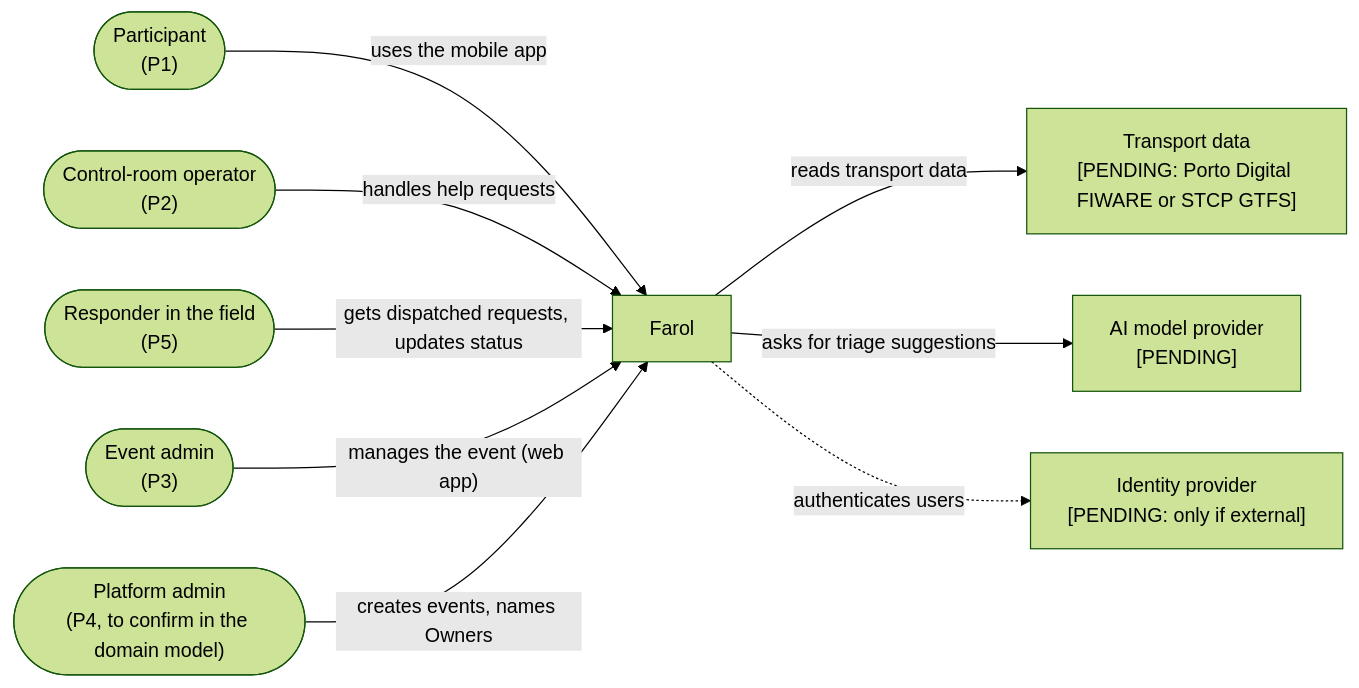
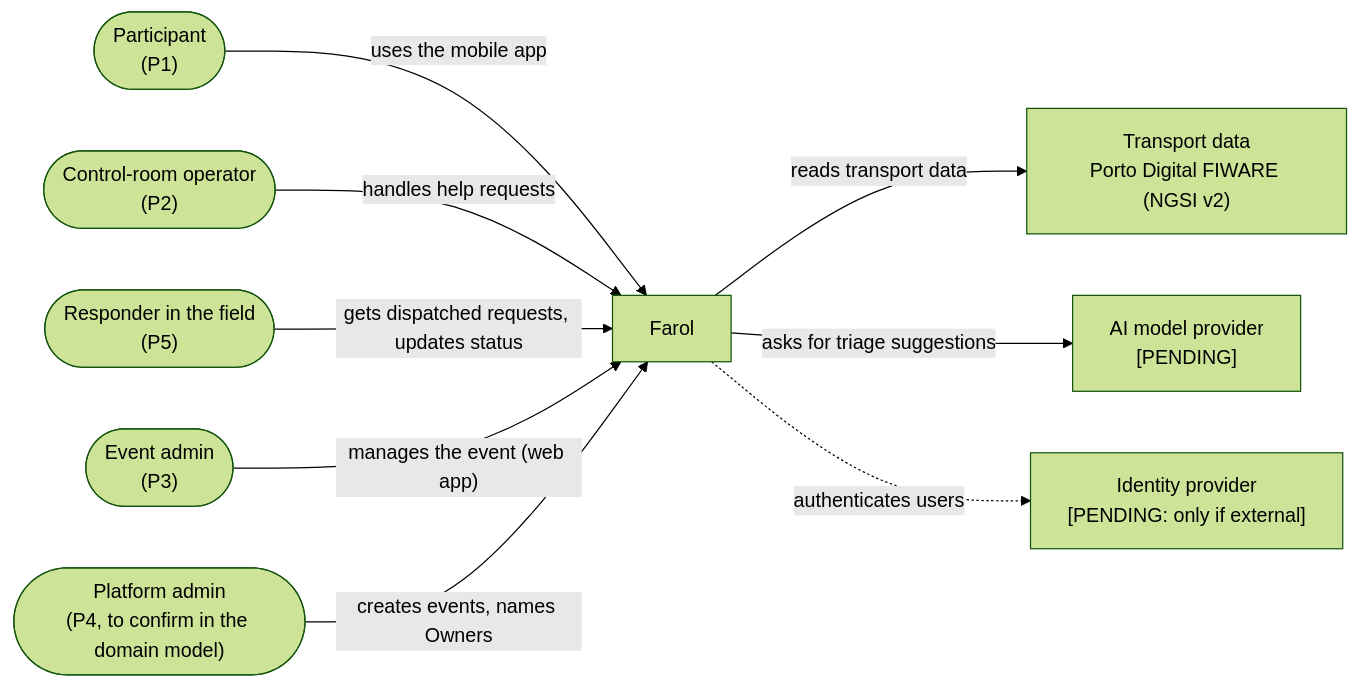
Before and after one commit to tomasoliveira21/LABDSOF: the first of 2 diagrams in Docs/Technical/architecture.md, drawn with Mermaid (forest theme). The commit also changed other lines of this file and 6 other files, not shown here.

````diff
--- a/Docs/Technical/architecture.md
+++ b/Docs/Technical/architecture.md
@@ -25,21 +25,21 @@
 ```mermaid
 flowchart LR
     P(["Participant<br/>(P1)"])
     O(["Control-room operator<br/>(P2)"])
     R(["Responder in the field<br/>(P5)"])
     A(["Event admin<br/>(P3)"])
     PA(["Platform admin<br/>(P4, to confirm in the domain model)"])
     SYS["Farol"]
-    TR["Transport data<br/>[PENDING: Porto Digital FIWARE or STCP GTFS]"]
+    TR["Transport data<br/>Porto Digital FIWARE (NGSI v2)"]
     LLM["AI model provider<br/>[PENDING]"]
     IDP["Identity provider<br/>[PENDING: only if external]"]
 
     P -- "uses the mobile app" --> SYS
     O -- "handles help requests" --> SYS
     R -- "gets dispatched requests, updates status" --> SYS
     A -- "manages the event (web app)" --> SYS
     PA -- "creates events, names Owners" --> SYS
     SYS -- "reads transport data" --> TR
     SYS -- "asks for triage suggestions" --> LLM
     SYS -. "authenticates users" .-> IDP
 ```
````
